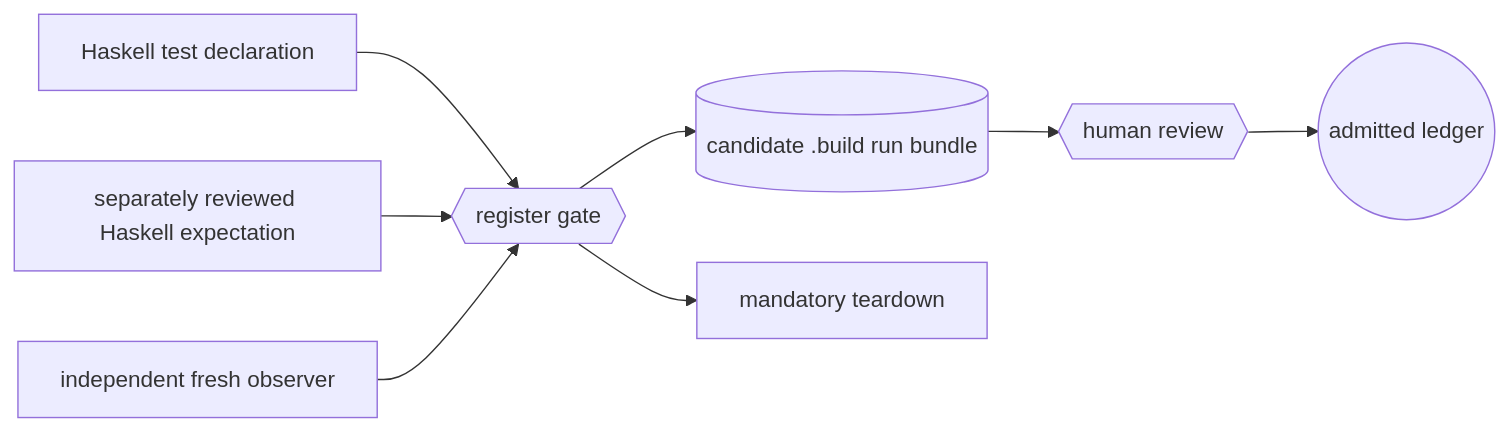
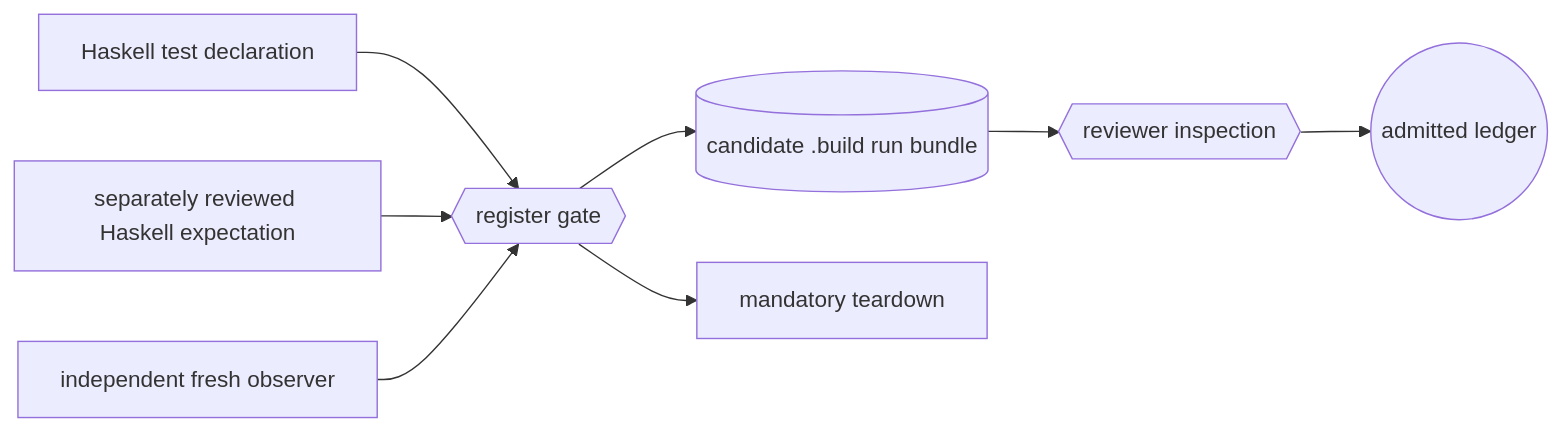
Before and after one commit to Tuee22/amoebius: the first of 4 diagrams in documents/engineering/testing_doctrine.md, drawn with Mermaid. The commit also changed other lines of this file and 168 other files, not shown here.

````diff
--- a/documents/engineering/testing_doctrine.md
+++ b/documents/engineering/testing_doctrine.md
@@ -45,11 +45,11 @@
 ```mermaid
 flowchart LR
 %% register: orientation
   spec["Haskell test declaration"] --> gate{{"register gate"}}
   oracle["separately reviewed Haskell expectation"] --> gate
   observer["independent fresh observer"] --> gate
   gate --> evidence[("candidate .build run bundle")]
-  evidence --> review{{"human review"}}
+  evidence --> review{{"reviewer inspection"}}
   review --> ledger(("admitted ledger"))
   gate --> teardown["mandatory teardown"]
 ```
````
